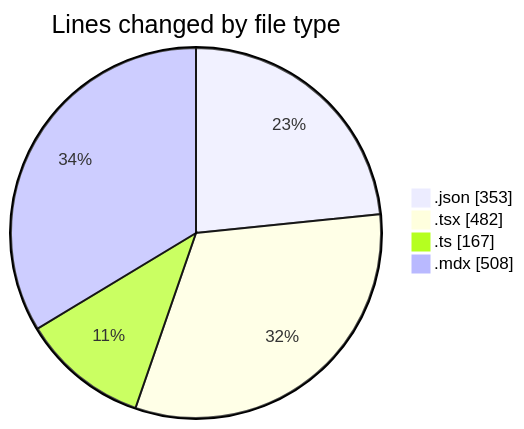
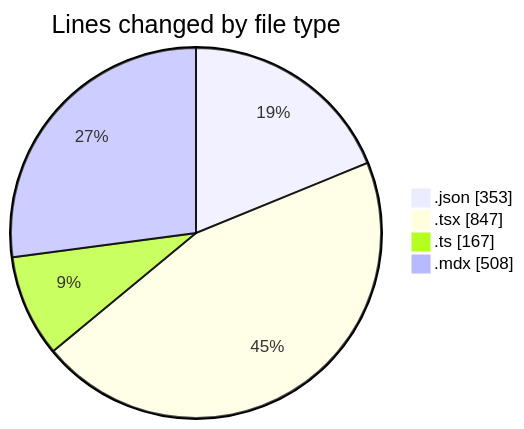
The first of 2 diagrams in 2025-05-01/niten/README.md (Elitesun/code-tracking), drawn with Mermaid before and after one commit. The commit also changed other lines of this file and 1 other file, not shown here.

````diff
--- a/2025-05-01/niten/README.md
+++ b/2025-05-01/niten/README.md
@@ -36,8 +37,8 @@
 ```mermaid
 pie showData
 title Lines changed by file type
 ".json" : 353
-".tsx" : 482
+".tsx" : 847
 ".ts" : 167
 ".mdx" : 508
 ```
````
